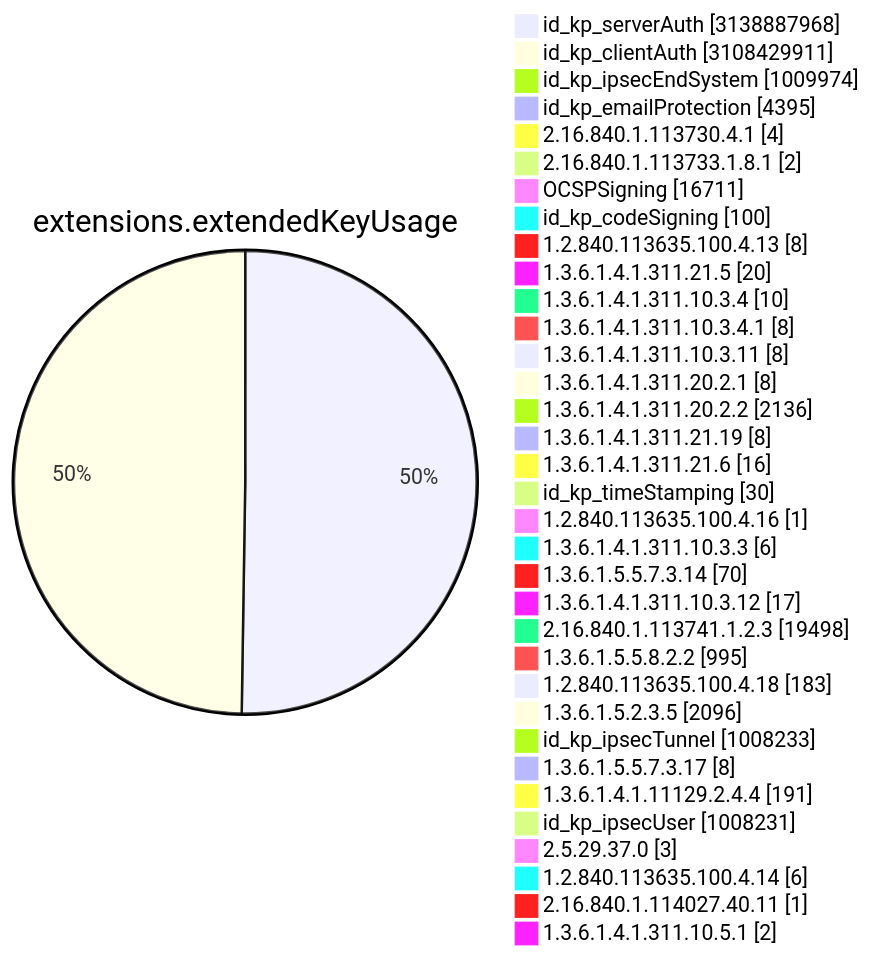
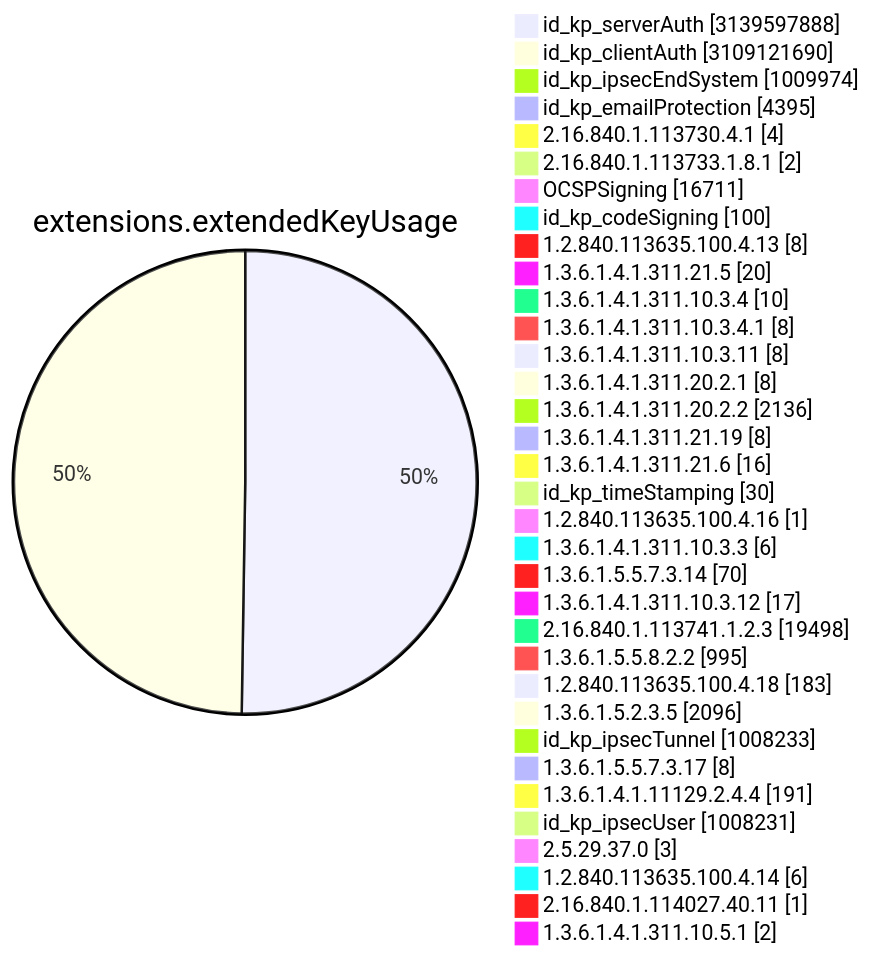
Before and after one commit to christiankrug/ctmonitor_visualization: diagram 11 of 15 in TOTAL/README.md, drawn with Mermaid. The commit also changed other lines of this file, not shown here.

````diff
--- a/TOTAL/README.md
+++ b/TOTAL/README.md
@@ -4119,38 +4119,38 @@
 ```mermaid
 pie showData
 title extensions.extendedKeyUsage
-"id_kp_serverAuth" :3138887968
-"id_kp_clientAuth" :3108429911
+"id_kp_serverAuth" :3139597888
+"id_kp_clientAuth" :3109121690
 "id_kp_ipsecEndSystem" :1009974
 "id_kp_emailProtection" :4395
 "2.16.840.1.113730.4.1" :4
 "2.16.840.1.113733.1.8.1" :2
 "OCSPSigning" :16711
 "id_kp_codeSigning" :100
 "1.2.840.113635.100.4.13" :8
 "1.3.6.1.4.1.311.21.5" :20
 "1.3.6.1.4.1.311.10.3.4" :10
 "1.3.6.1.4.1.311.10.3.4.1" :8
 "1.3.6.1.4.1.311.10.3.11" :8
 "1.3.6.1.4.1.311.20.2.1" :8
 "1.3.6.1.4.1.311.20.2.2" :2136
 "1.3.6.1.4.1.311.21.19" :8
 "1.3.6.1.4.1.311.21.6" :16
 "id_kp_timeStamping" :30
 "1.2.840.113635.100.4.16" :1
 "1.3.6.1.4.1.311.10.3.3" :6
 "1.3.6.1.5.5.7.3.14" :70
 "1.3.6.1.4.1.311.10.3.12" :17
 "2.16.840.1.113741.1.2.3" :19498
 "1.3.6.1.5.5.8.2.2" :995
 "1.2.840.113635.100.4.18" :183
 "1.3.6.1.5.2.3.5" :2096
 "id_kp_ipsecTunnel" :1008233
 "1.3.6.1.5.5.7.3.17" :8
 "1.3.6.1.4.1.11129.2.4.4" :191
 "id_kp_ipsecUser" :1008231
 "2.5.29.37.0" :3
 "1.2.840.113635.100.4.14" :6
 "2.16.840.1.114027.40.11" :1
 "1.3.6.1.4.1.311.10.5.1" :2
 ```
````
